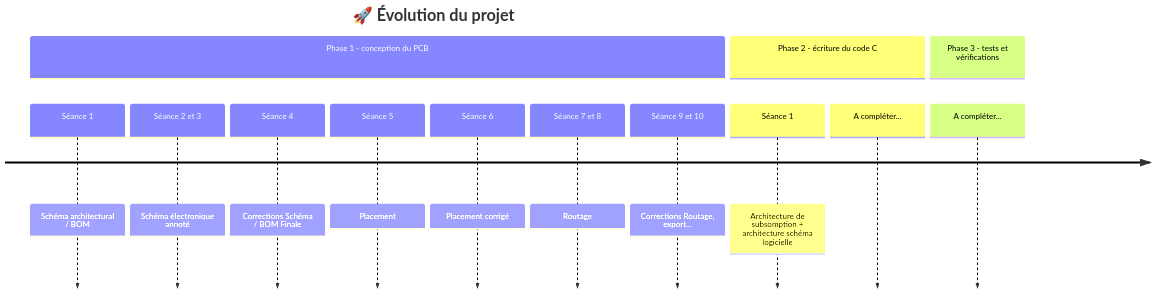
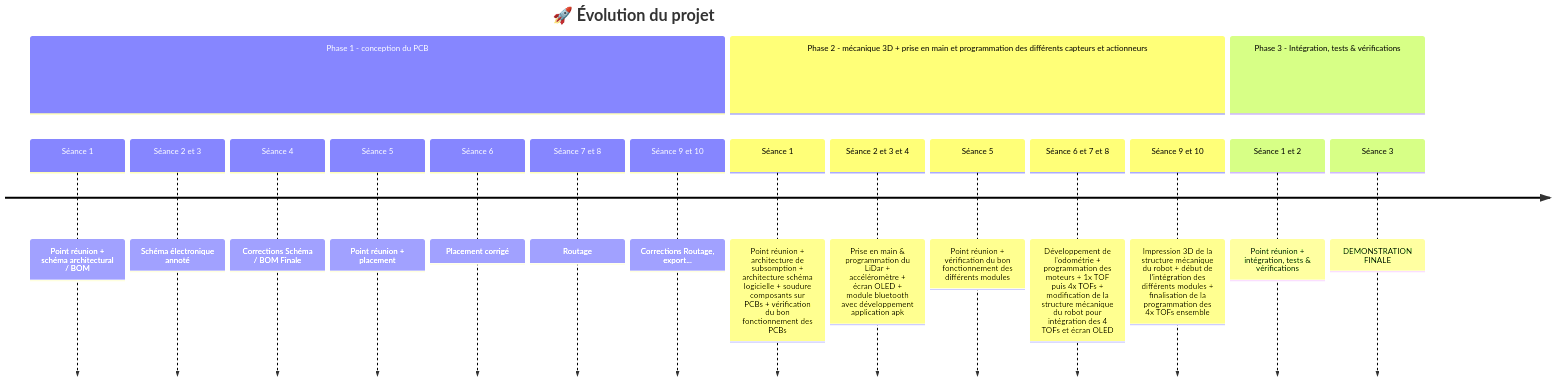
The diagram in README.md (HugouShare/ENSEA_3A_PROJET_ChaSouRo), drawn with Mermaid before and after one commit. The commit also changed other lines of this file, not shown here.

Commit message:
Update project timeline and activity log sections

````diff
--- a/README.md
+++ b/README.md
@@ -53,26 +53,30 @@
 ```mermaid
 %%{init: {"theme":"default", "themeVariables": {
   "primaryColor": "#4F46E5",
   "primaryTextColor": "#ffffff",
   "primaryBorderColor": "#312E81",
   "lineColor": "#6366F1",
   "secondaryColor": "#E0E7FF",
   "tertiaryColor": "#A5B4FC"
 }}}%%
 
 timeline
     title 🚀 Évolution du projet
     section Phase 1 - conception du PCB
-      Séance 1 : Schéma architectural / BOM
+      Séance 1 : Point réunion + schéma architectural / BOM
       Séance 2 et 3 : Schéma électronique annoté
       Séance 4 : Corrections Schéma / BOM Finale
-      Séance 5 : Placement
+      Séance 5 : Point réunion + placement
       Séance 6 : Placement corrigé
       Séance 7 et 8 : Routage
       Séance 9 et 10 : Corrections Routage, export...
-    section Phase 2 - écriture du code C
-      Séance 1 : Architecture de subsomption + architecture schéma logicielle
-      A compléter...
-    section Phase 3 - tests et vérifications
-      A compléter...
+    section Phase 2 - mécanique 3D + prise en main et programmation des différents capteurs et actionneurs
+      Séance 1 : Point réunion + architecture de subsomption + architecture schéma logicielle + soudure composants sur PCBs + vérification du bon fonctionnement des PCBs
+      Séance 2 et 3 et 4 : Prise en main & programmation du LiDar + accéléromètre + écran OLED + module bluetooth avec développement application apk
+      Séance 5 : Point réunion + vérification du bon fonctionnement des différents modules
+      Séance 6 et 7 et 8 : Développement de l'odométrie + programmation des moteurs + 1x TOF puis 4x TOFs + modification de la structure mécanique du robot pour intégration des 4 TOFs et écran OLED
+      Séance 9 et 10 : Impression 3D de la structure mécanique du robot + début de l'intégration des différents modules + finalisation de la programmation des 4x TOFs ensemble 
+    section Phase 3 - Intégration, tests & vérifications
+      Séance 1 et 2 : Point réunion + intégration, tests & vérifications
+      Séance 3 : DEMONSTRATION FINALE
 ```
````
